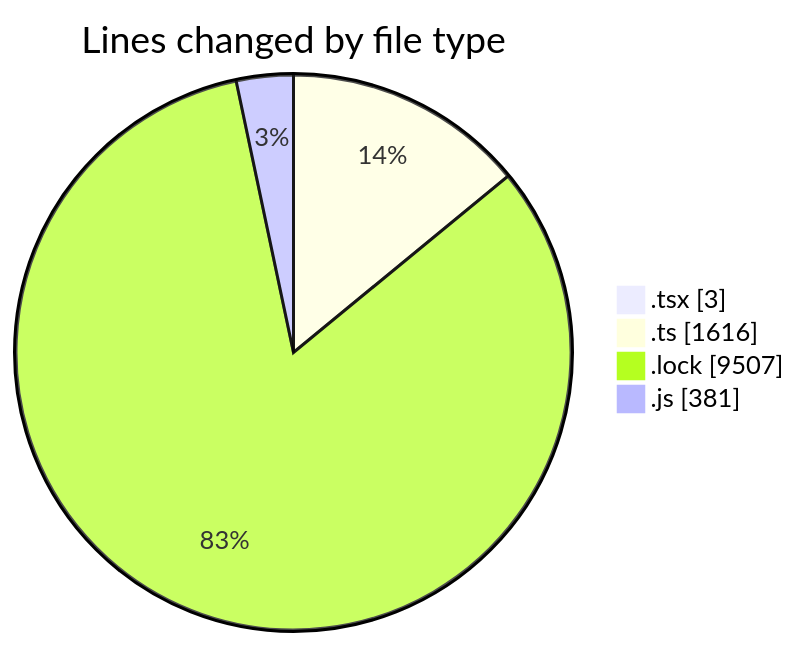
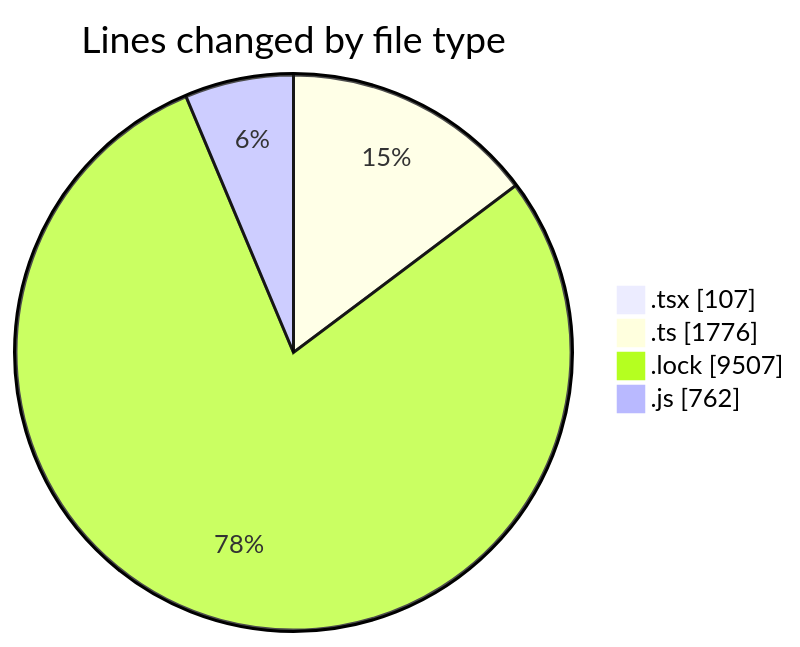
The first of 2 diagrams in 2026-02-18/cda/README.md (momahboobian/code-tracking), drawn with Mermaid before and after one commit. The commit also changed other lines of this file and 1 other file, not shown here.

````diff
--- a/2026-02-18/cda/README.md
+++ b/2026-02-18/cda/README.md
@@ -25,8 +26,8 @@
 ```mermaid
 pie showData
 title Lines changed by file type
-".tsx" : 3
-".ts" : 1616
+".tsx" : 107
+".ts" : 1776
 ".lock" : 9507
-".js" : 381
+".js" : 762
 ```
````
